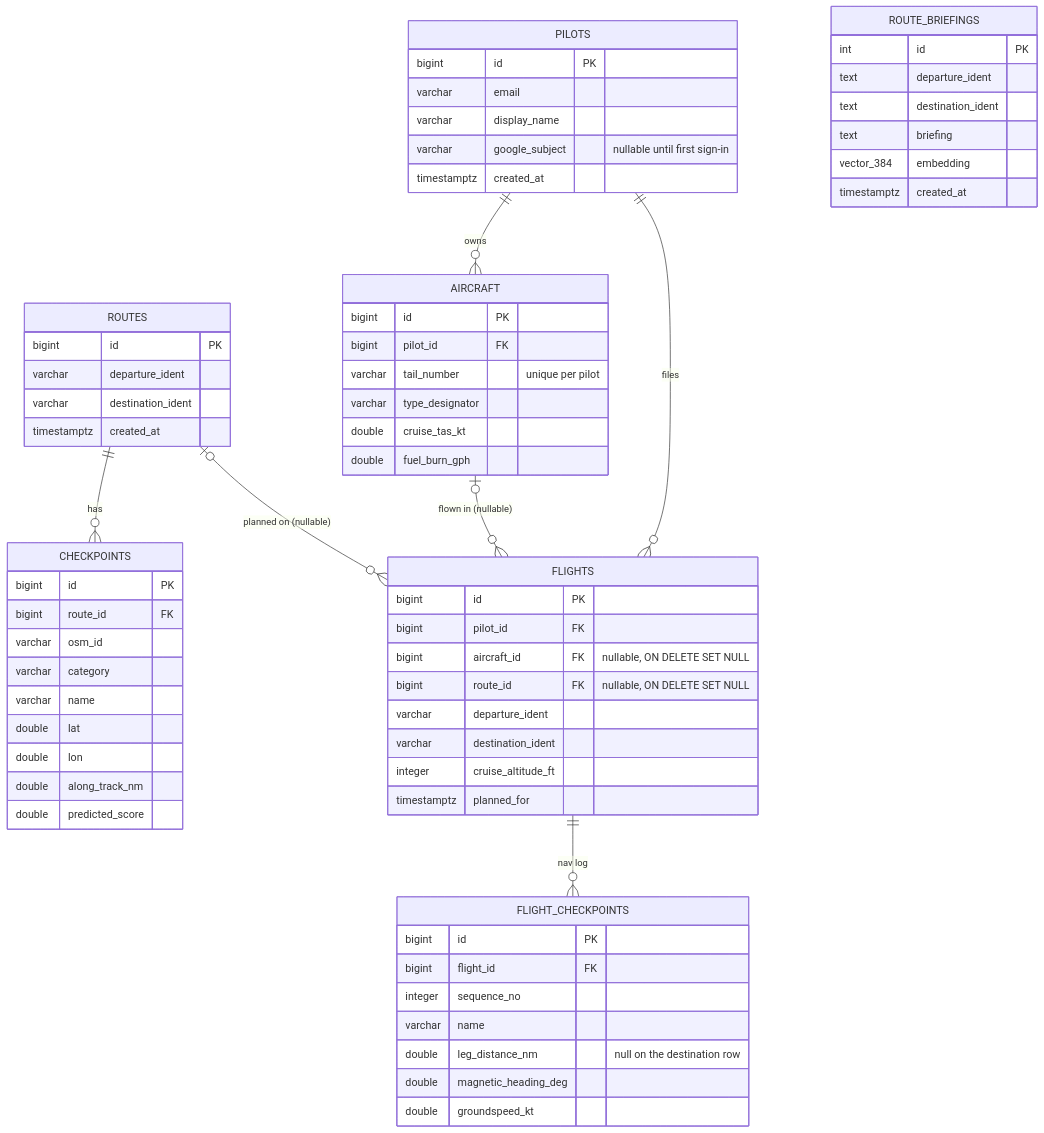
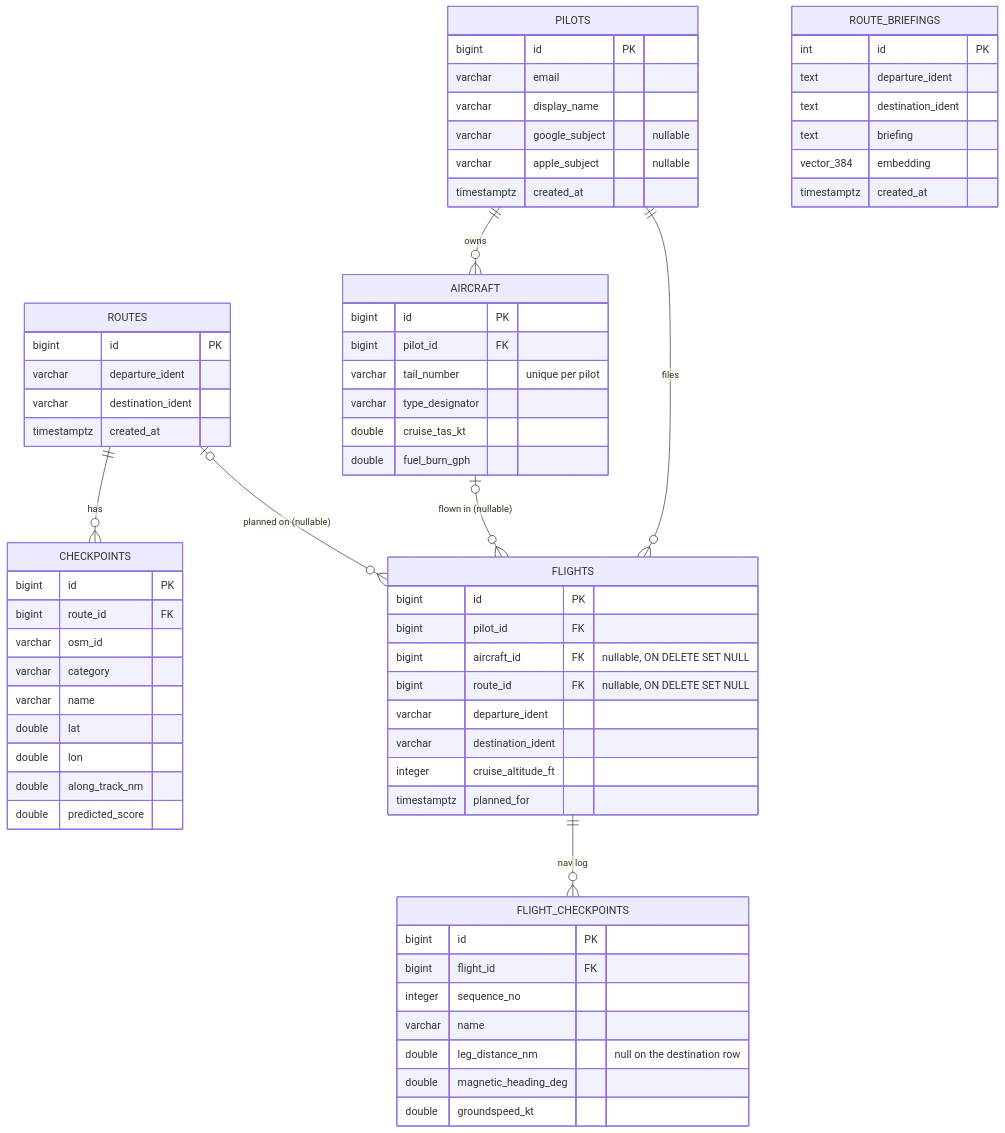
Before and after one commit to asdaq-samir/flight_plan: the diagram in docs/README.md, drawn with Mermaid. The commit also changed other lines of this file and 9 other files, not shown here.

````diff
--- a/docs/README.md
+++ b/docs/README.md
@@ -266,68 +252,69 @@
 ```mermaid
 erDiagram
     ROUTES ||--o{ CHECKPOINTS : has
     ROUTES {
         bigint id PK
         varchar departure_ident
         varchar destination_ident
         timestamptz created_at
     }
     CHECKPOINTS {
         bigint id PK
         bigint route_id FK
         varchar osm_id
         varchar category
         varchar name
         double lat
         double lon
         double along_track_nm
         double predicted_score
     }
     PILOTS ||--o{ AIRCRAFT : owns
     PILOTS ||--o{ FLIGHTS : files
     AIRCRAFT |o--o{ FLIGHTS : "flown in (nullable)"
     ROUTES |o--o{ FLIGHTS : "planned on (nullable)"
     FLIGHTS ||--o{ FLIGHT_CHECKPOINTS : "nav log"
     PILOTS {
         bigint id PK
         varchar email
         varchar display_name
-        varchar google_subject "nullable until first sign-in"
+        varchar google_subject "nullable"
+        varchar apple_subject "nullable"
         timestamptz created_at
     }
     AIRCRAFT {
         bigint id PK
         bigint pilot_id FK
         varchar tail_number "unique per pilot"
         varchar type_designator
         double cruise_tas_kt
         double fuel_burn_gph
     }
     FLIGHTS {
         bigint id PK
         bigint pilot_id FK
         bigint aircraft_id FK "nullable, ON DELETE SET NULL"
         bigint route_id FK "nullable, ON DELETE SET NULL"
         varchar departure_ident
         varchar destination_ident
         integer cruise_altitude_ft
         timestamptz planned_for
     }
     FLIGHT_CHECKPOINTS {
         bigint id PK
         bigint flight_id FK
         integer sequence_no
         varchar name
         double leg_distance_nm "null on the destination row"
         double magnetic_heading_deg
         double groundspeed_kt
     }
     ROUTE_BRIEFINGS {
         int id PK
         text departure_ident
         text destination_ident
         text briefing
         vector_384 embedding
         timestamptz created_at
     }
 ```
````
